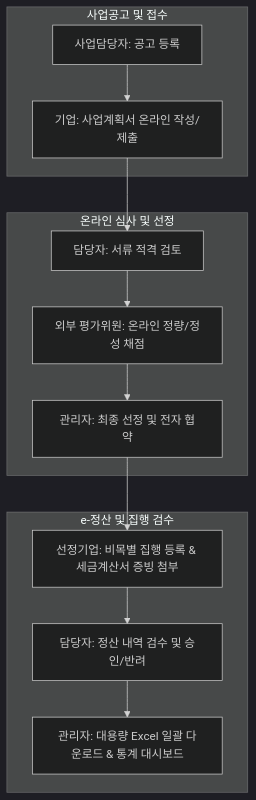
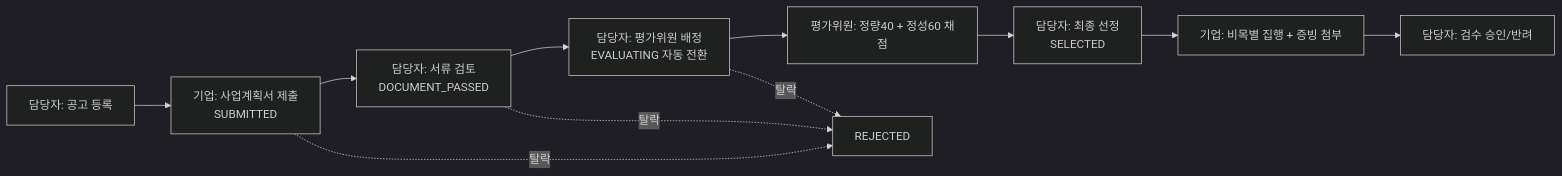
The diagram in README.md (gwangco/daegu-pms), drawn with Mermaid (dark theme) before and after one commit. The commit also changed other lines of this file, not shown here.

````diff
--- a/README.md
+++ b/README.md
@@ -23,18 +25,13 @@
 ```mermaid
-flowchart TD
-    subgraph 사업공고 및 접수
-        A[사업담당자: 공고 등록] --> B[기업: 사업계획서 온라인 작성/제출]
-    end
-
-    subgraph 온라인 심사 및 선정
-        B --> C[담당자: 서류 적격 검토]
-        C --> D[외부 평가위원: 온라인 정량/정성 채점]
-        D --> E[관리자: 최종 선정 및 전자 협약]
-    end
-
-    subgraph e-정산 및 집행 검수
-        E --> F[선정기업: 비목별 집행 등록 & 세금계산서 증빙 첨부]
-        F --> G[담당자: 정산 내역 검수 및 승인/반려]
-        G --> H[관리자: 대용량 Excel 일괄 다운로드 & 통계 대시보드]
-    end
+flowchart LR
+    A[담당자: 공고 등록] --> B[기업: 사업계획서 제출<br/>SUBMITTED]
+    B --> C[담당자: 서류 검토<br/>DOCUMENT_PASSED]
+    C --> D[담당자: 평가위원 배정<br/>EVALUATING 자동 전환]
+    D --> E[평가위원: 정량40 + 정성60 채점]
+    E --> F[담당자: 최종 선정<br/>SELECTED]
+    F --> G[기업: 비목별 집행 + 증빙 첨부]
+    G --> H[담당자: 검수 승인/반려]
+    B -. 탈락 .-> R[REJECTED]
+    C -. 탈락 .-> R
+    D -. 탈락 .-> R
 ```
````
